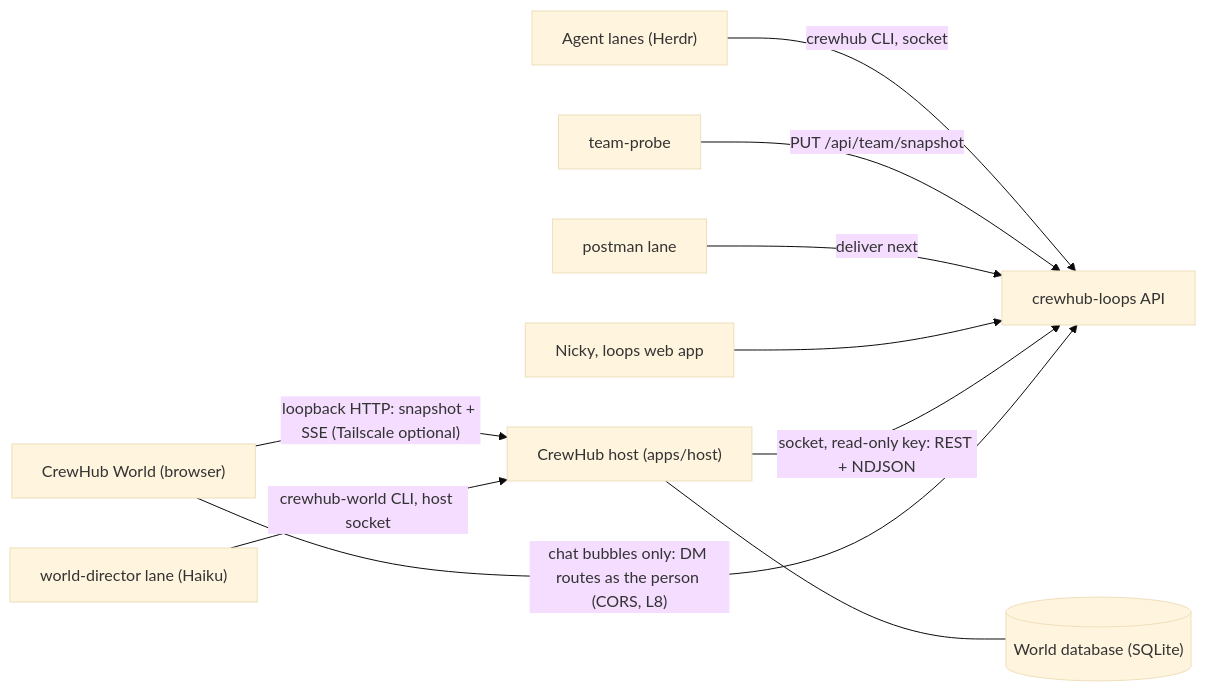
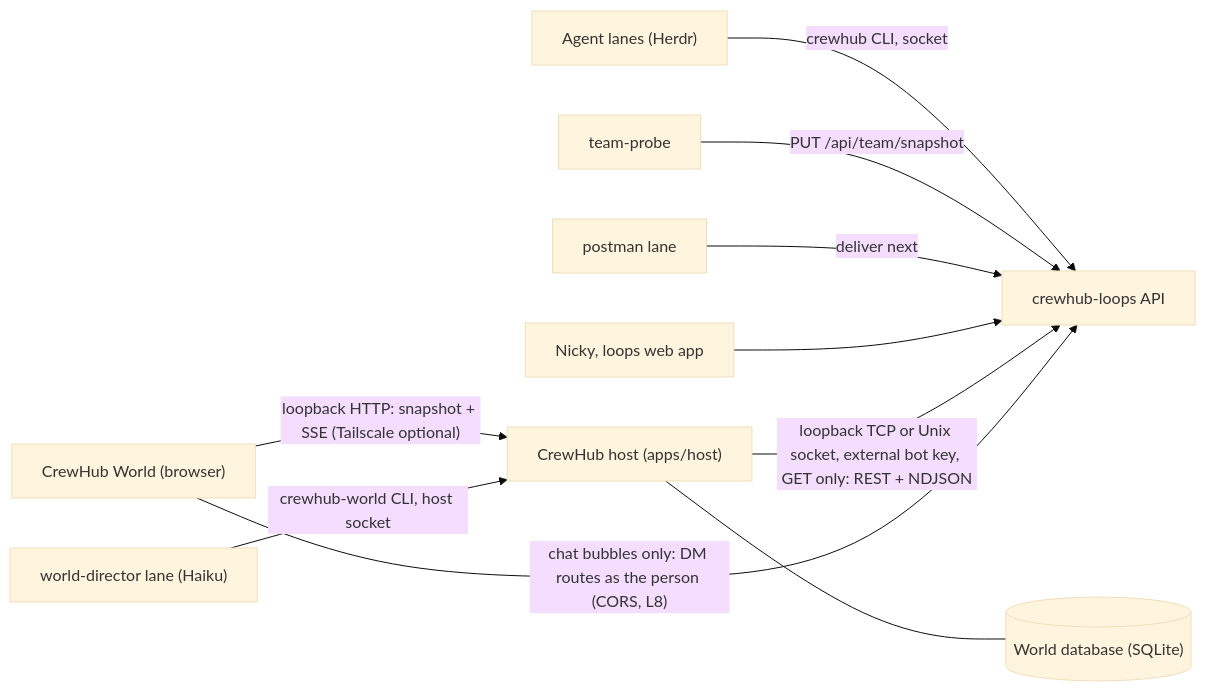
The diagram in docs/ARCHITECTURE.md (EKINSOL-DEV/crewhub2), drawn with Mermaid (base theme) before and after one commit. The commit also changed other lines of this file and 6 other files, not shown here.

First line of the commit message:
Docs follow the merged socket transport; AGENTS, ARCHITECTURE and the handoff say the host is built; the bot gets no member projects

````diff
--- a/docs/ARCHITECTURE.md
+++ b/docs/ARCHITECTURE.md
@@ -18,12 +18,12 @@
 ```mermaid
 flowchart LR
   Agents["Agent lanes (Herdr)"] -- "crewhub CLI, socket" --> Loops["crewhub-loops API"]
   Probe["team-probe"] -- "PUT /api/team/snapshot" --> Loops
   Postman["postman lane"] -- "deliver next" --> Loops
   People["Nicky, loops web app"] --> Loops
-  Host["CrewHub host (apps/host)"] -- "socket, read-only key: REST + NDJSON" --> Loops
+  Host["CrewHub host (apps/host)"] -- "loopback TCP or Unix socket, external bot key, GET only: REST + NDJSON" --> Loops
   Host --- DB[("World database (SQLite)")]
   Browser["CrewHub World (browser)"] -- "loopback HTTP: snapshot + SSE (Tailscale optional)" --> Host
   Browser -- "chat bubbles only: DM routes as the person (CORS, L8)" --> Loops
   Director["world-director lane (Haiku)"] -- "crewhub-world CLI, host socket" --> Host
 ```
````
